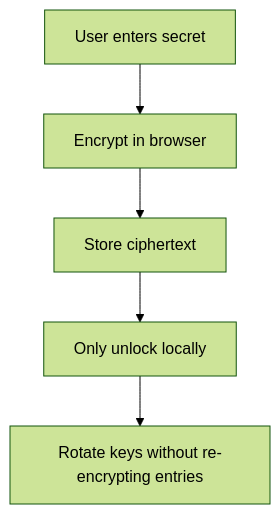
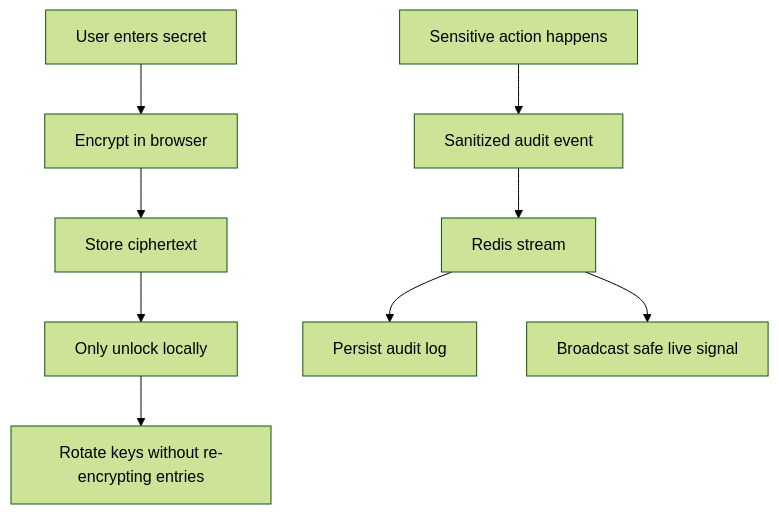
The diagram in docs/security.md (riddhijain1509/Keymate), drawn with Mermaid (forest theme) before and after one commit. The commit also changed other lines of this file and 22 other files, not shown here.

Commit message:
feat: adding live secrity signals sing redis and web socket

````diff
--- a/docs/security.md
+++ b/docs/security.md
@@ -23,7 +24,11 @@
 ```mermaid
 flowchart TD
   A[User enters secret] --> B[Encrypt in browser]
   B --> C[Store ciphertext]
   C --> D[Only unlock locally]
   D --> E[Rotate keys without re-encrypting entries]
+  F[Sensitive action happens] --> G[Sanitized audit event]
+  G --> H[Redis stream]
+  H --> I[Persist audit log]
+  H --> J[Broadcast safe live signal]
 ```
````
